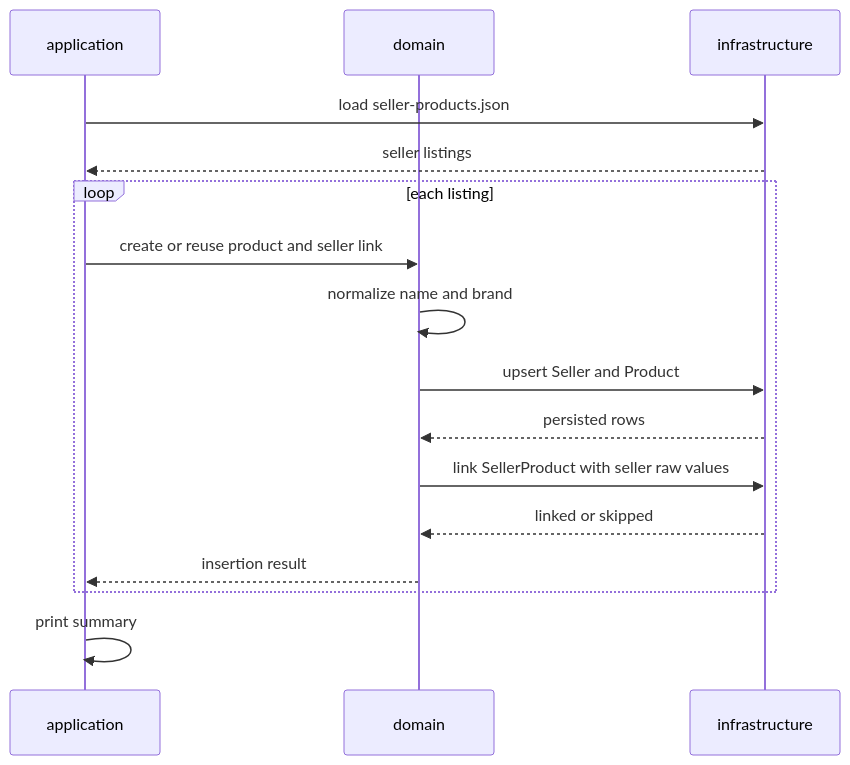
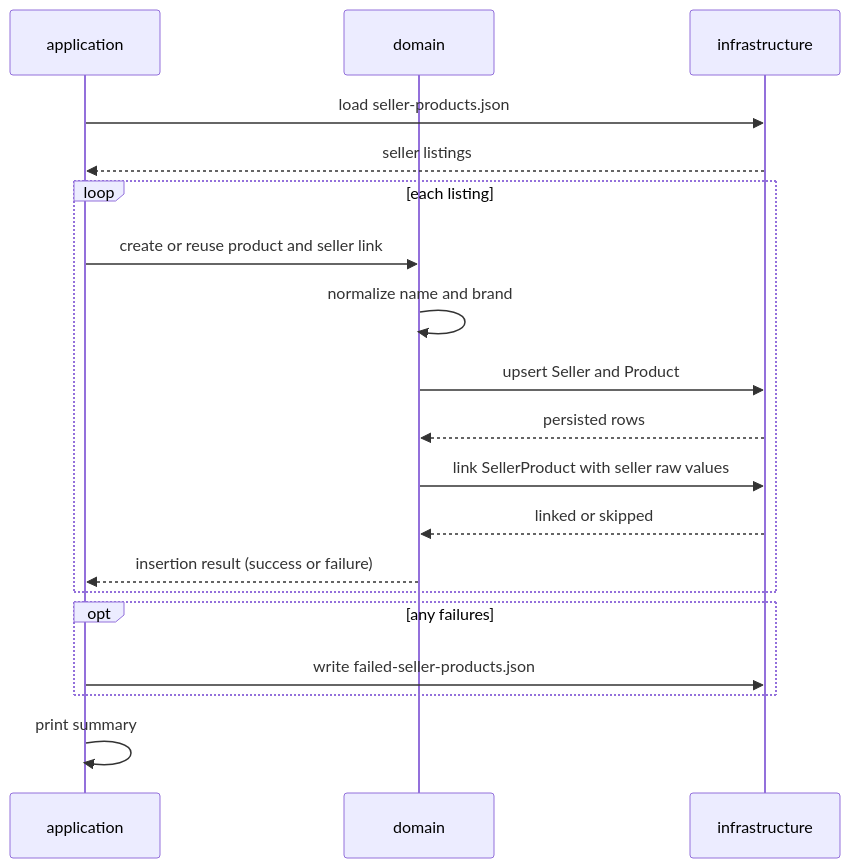
Before and after one commit to GabrielJacquier/catalog-system: the second of 2 diagrams in README.md, drawn with Mermaid. The commit also changed other lines of this file and 12 other files, not shown here.

````diff
--- a/README.md
+++ b/README.md
@@ -32,21 +32,25 @@
 ```mermaid
 sequenceDiagram
   participant App as application
   participant Dom as domain
   participant Infra as infrastructure
 
   App->>Infra: load seller-products.json
   Infra-->>App: seller listings
 
   loop each listing
     App->>Dom: create or reuse product and seller link
     Dom->>Dom: normalize name and brand
     Dom->>Infra: upsert Seller and Product
     Infra-->>Dom: persisted rows
     Dom->>Infra: link SellerProduct with seller raw values
     Infra-->>Dom: linked or skipped
-    Dom-->>App: insertion result
+    Dom-->>App: insertion result (success or failure)
+  end
+
+  opt any failures
+    App->>Infra: write failed-seller-products.json
   end
 
   App->>App: print summary
 ```
````
